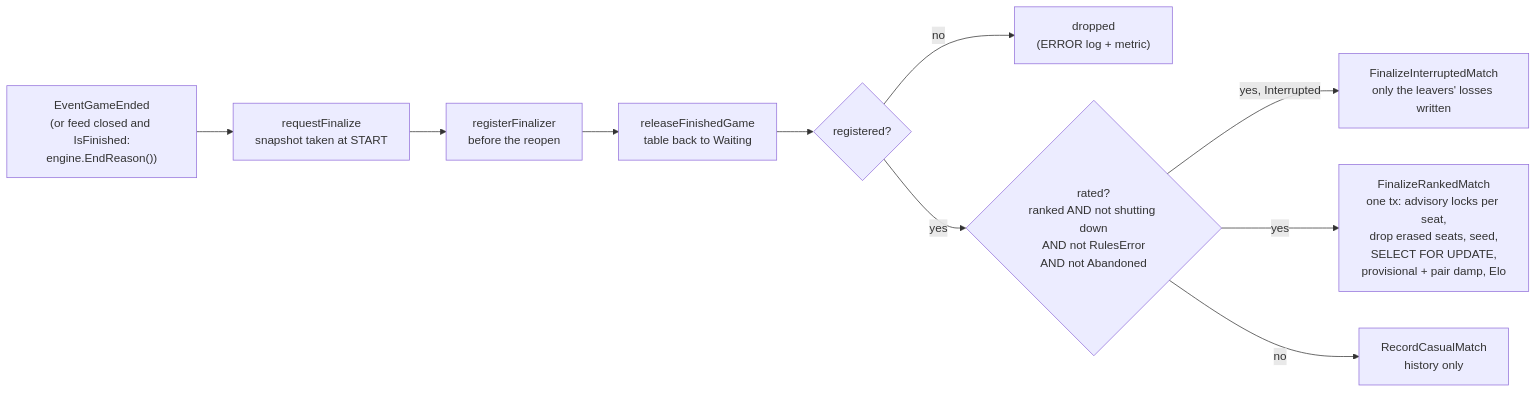
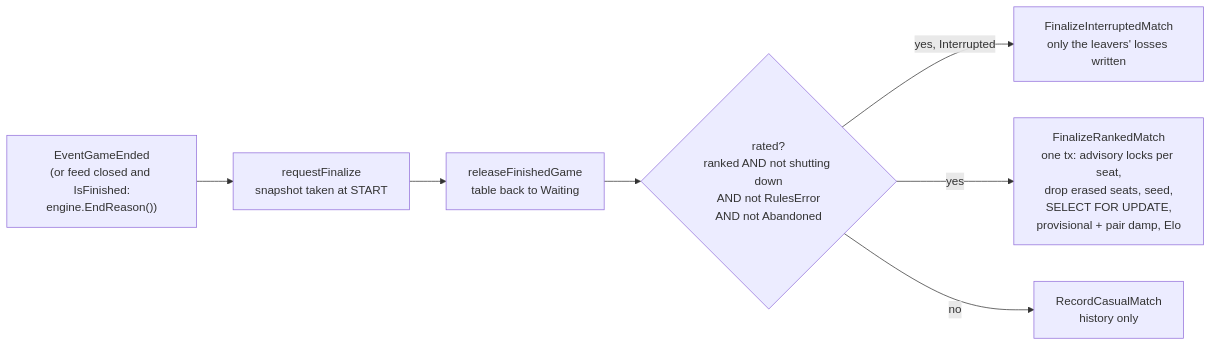
The seventh of 11 diagrams in docs/codebase-map.md (Pieczasz/tty-cards), drawn with Mermaid before and after one commit. The commit also changed other lines of this file and 13 other files, not shown here.

````diff
--- a/docs/codebase-map.md
+++ b/docs/codebase-map.md
@@ -296,12 +296,9 @@
 ```mermaid
 flowchart LR
     ended["EventGameEnded<br/>(or feed closed and IsFinished:<br/>engine.EndReason())"] --> req["requestFinalize<br/>snapshot taken at START"]
-    req --> reg["registerFinalizer<br/>before the reopen"]
-    reg --> release["releaseFinishedGame<br/>table back to Waiting"]
-    release --> fin{"registered?"}
-    fin -- no --> dropped["dropped<br/>(ERROR log + metric)"]
-    fin -- yes --> gate{"rated?<br/>ranked AND not shutting down<br/>AND not RulesError<br/>AND not Abandoned"}
+    req --> release["releaseFinishedGame<br/>table back to Waiting"]
+    release --> gate{"rated?<br/>ranked AND not shutting down<br/>AND not RulesError<br/>AND not Abandoned"}
     gate -- "yes, Interrupted" --> interrupted["FinalizeInterruptedMatch<br/>only the leavers' losses written"]
     gate -- yes --> ranked["FinalizeRankedMatch<br/>one tx: advisory locks per seat,<br/>drop erased seats, seed,<br/>SELECT FOR UPDATE,<br/>provisional + pair damp, Elo"]
     gate -- no --> casual["RecordCasualMatch<br/>history only"]
 ```
````
